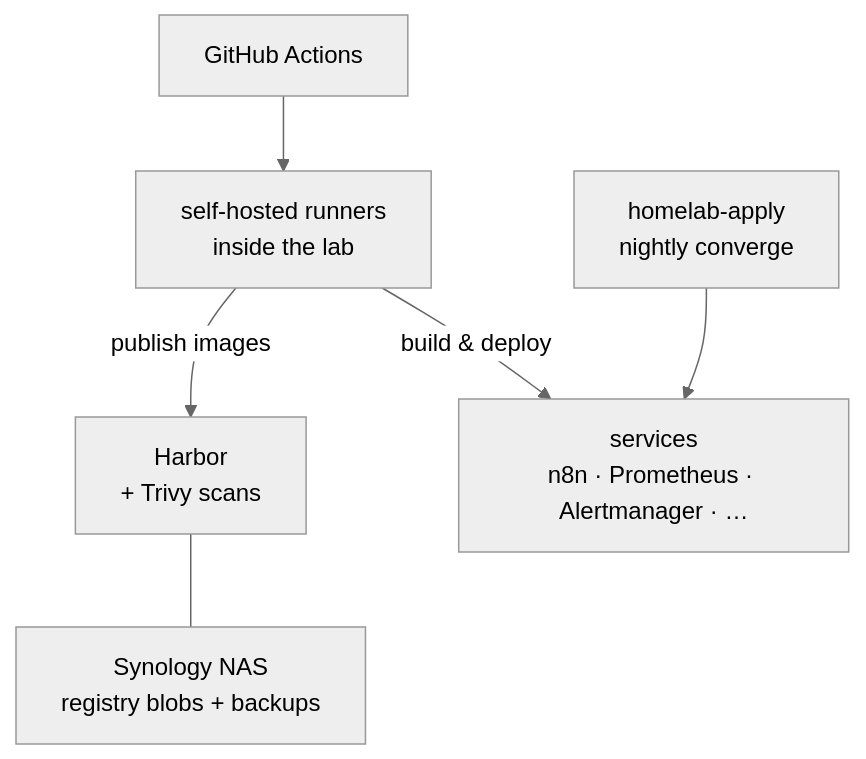
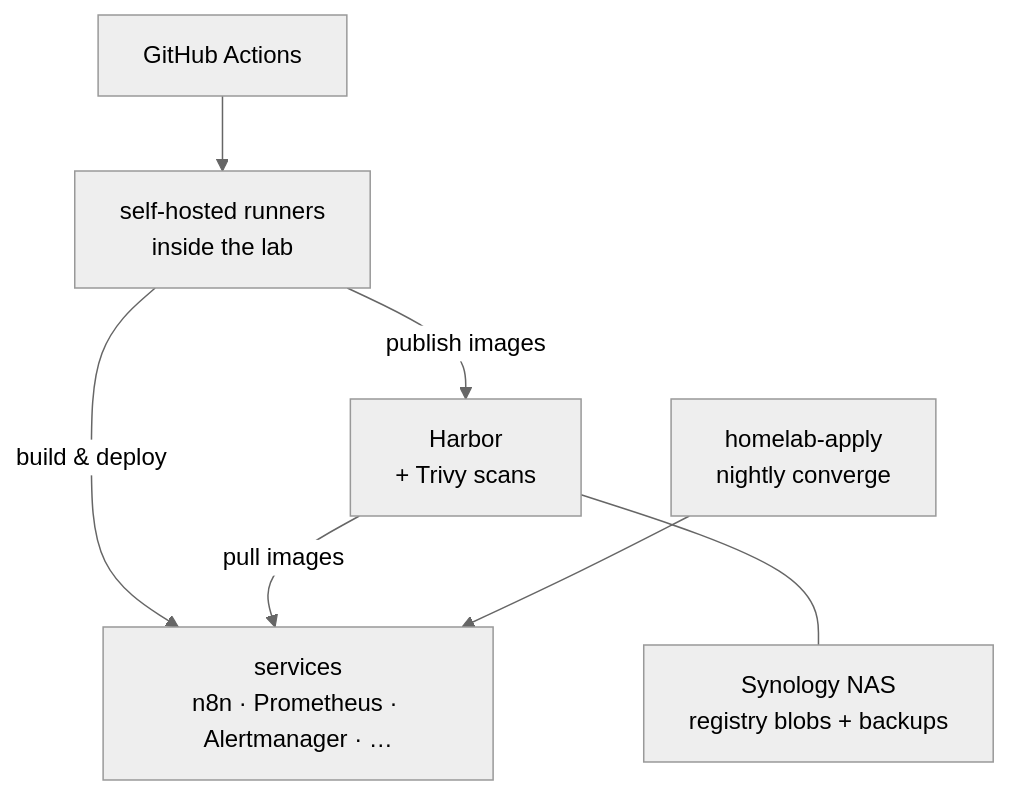
Before and after one commit to racknroll/.github: the second of 2 diagrams in profile/README.md, drawn with Mermaid (neutral theme). The commit also changed other lines of this file, not shown here.

Commit message:
README: split tagline, show services pulling images from Harbor

````diff
--- a/profile/README.md
+++ b/profile/README.md
@@ -59,8 +60,9 @@
 ```mermaid
 flowchart TB
     GH["GitHub Actions"] --> R["self-hosted runners<br/>inside the lab"]
     R -- "publish images" --> H["Harbor<br/>+ Trivy scans"]
     R -- "build & deploy" --> S["services<br/>n8n · Prometheus · Alertmanager · …"]
+    H -- "pull images" --> S
     A["homelab-apply<br/>nightly converge"] --> S
     H --- NAS["Synology NAS<br/>registry blobs + backups"]
 ```
````
